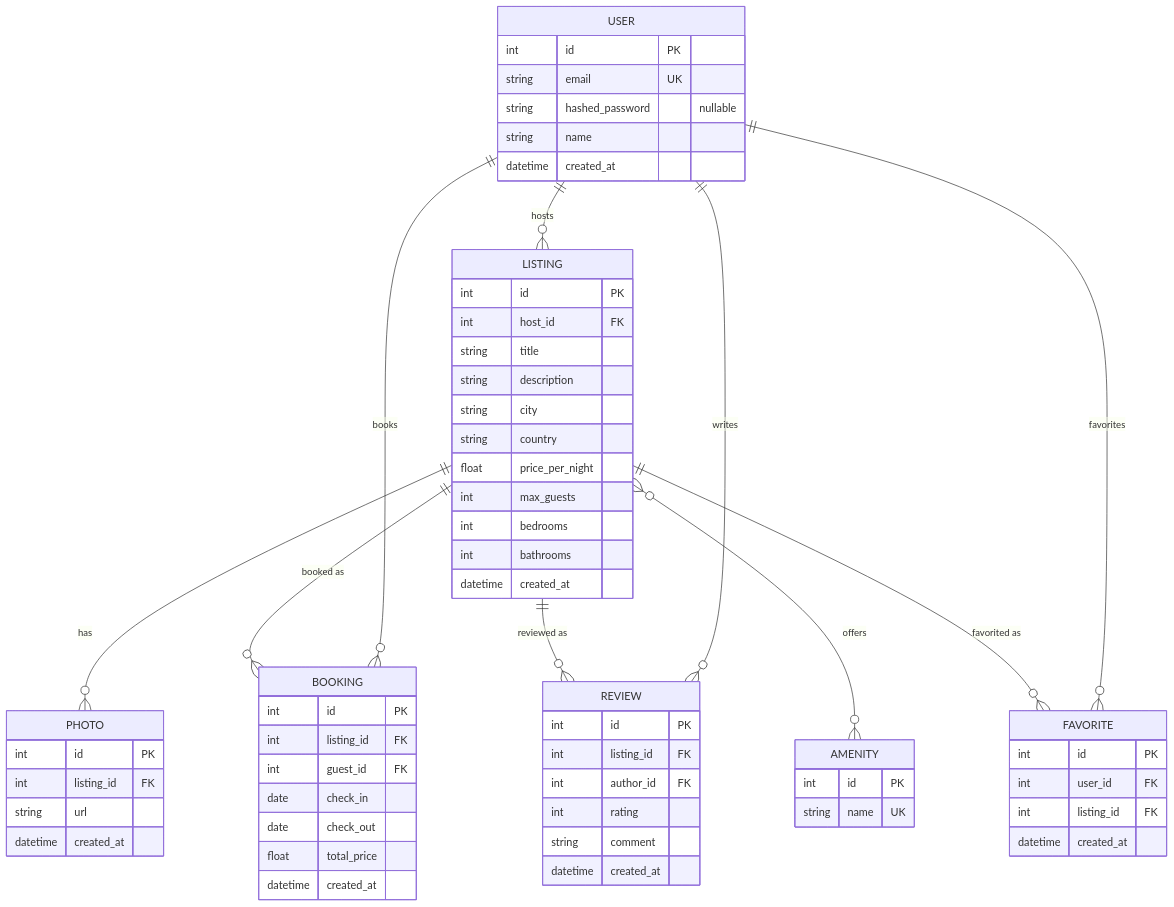
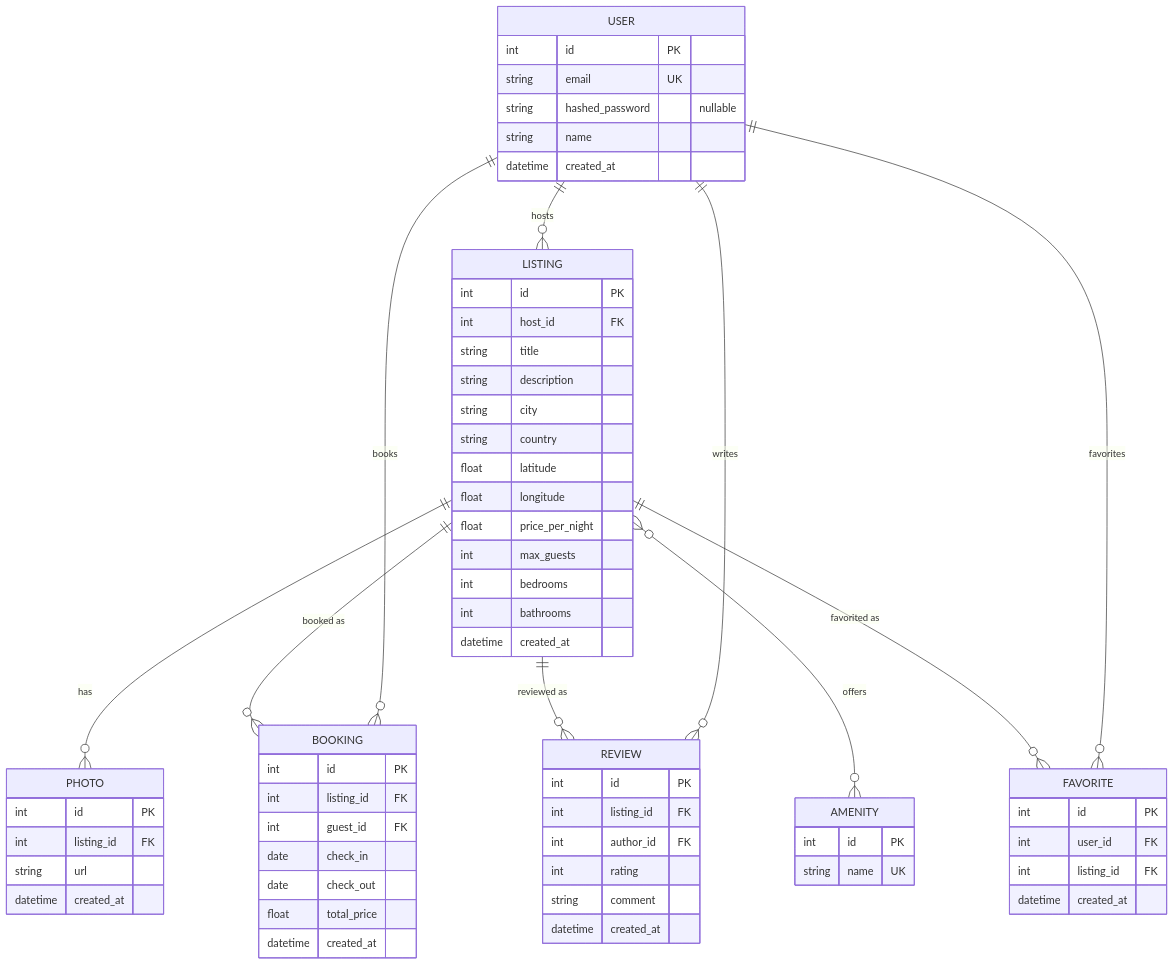
Before and after one commit to Killer545537/porchlight: the diagram in .docs/DATABASE.md, drawn with Mermaid. The commit also changed other lines of this file and 7 other files, not shown here.

````diff
--- a/.docs/DATABASE.md
+++ b/.docs/DATABASE.md
@@ -9,66 +9,68 @@
 ```mermaid
 erDiagram
     USER ||--o{ LISTING : hosts
     USER ||--o{ BOOKING : books
     USER ||--o{ REVIEW : writes
     USER ||--o{ FAVORITE : favorites
     LISTING ||--o{ PHOTO : has
     LISTING ||--o{ BOOKING : "booked as"
     LISTING ||--o{ REVIEW : "reviewed as"
     LISTING ||--o{ FAVORITE : "favorited as"
     LISTING }o--o{ AMENITY : offers
 
     USER {
         int id PK
         string email UK
         string hashed_password "nullable"
         string name
         datetime created_at
     }
     LISTING {
         int id PK
         int host_id FK
         string title
         string description
         string city
         string country
+        float latitude
+        float longitude
         float price_per_night
         int max_guests
         int bedrooms
         int bathrooms
         datetime created_at
     }
     PHOTO {
         int id PK
         int listing_id FK
         string url
         datetime created_at
     }
     AMENITY {
         int id PK
         string name UK
     }
     BOOKING {
         int id PK
         int listing_id FK
         int guest_id FK
         date check_in
         date check_out
         float total_price
         datetime created_at
     }
     REVIEW {
         int id PK
         int listing_id FK
         int author_id FK
         int rating
         string comment
         datetime created_at
     }
     FAVORITE {
         int id PK
         int user_id FK
         int listing_id FK
         datetime created_at
     }
 ```
````
